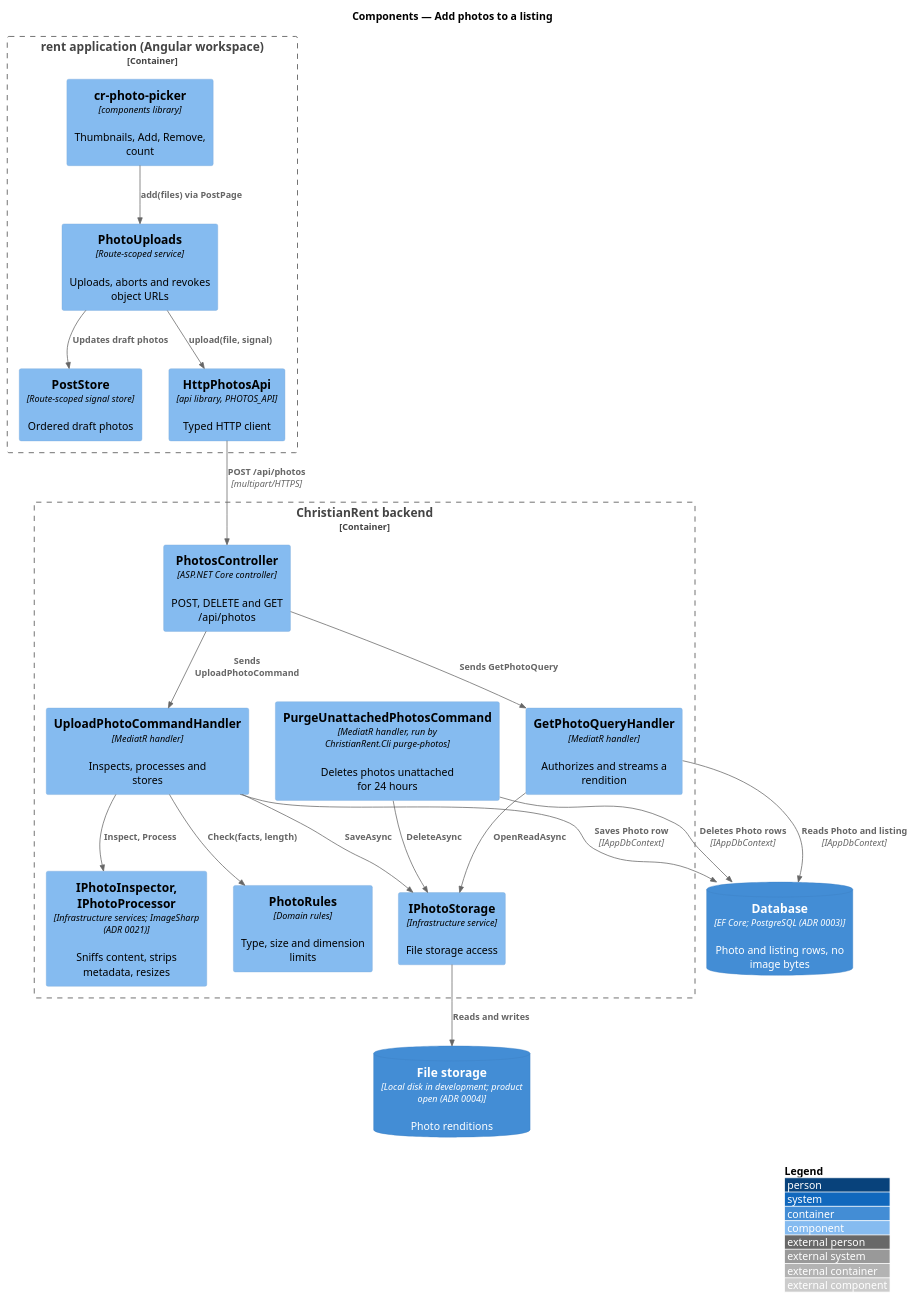
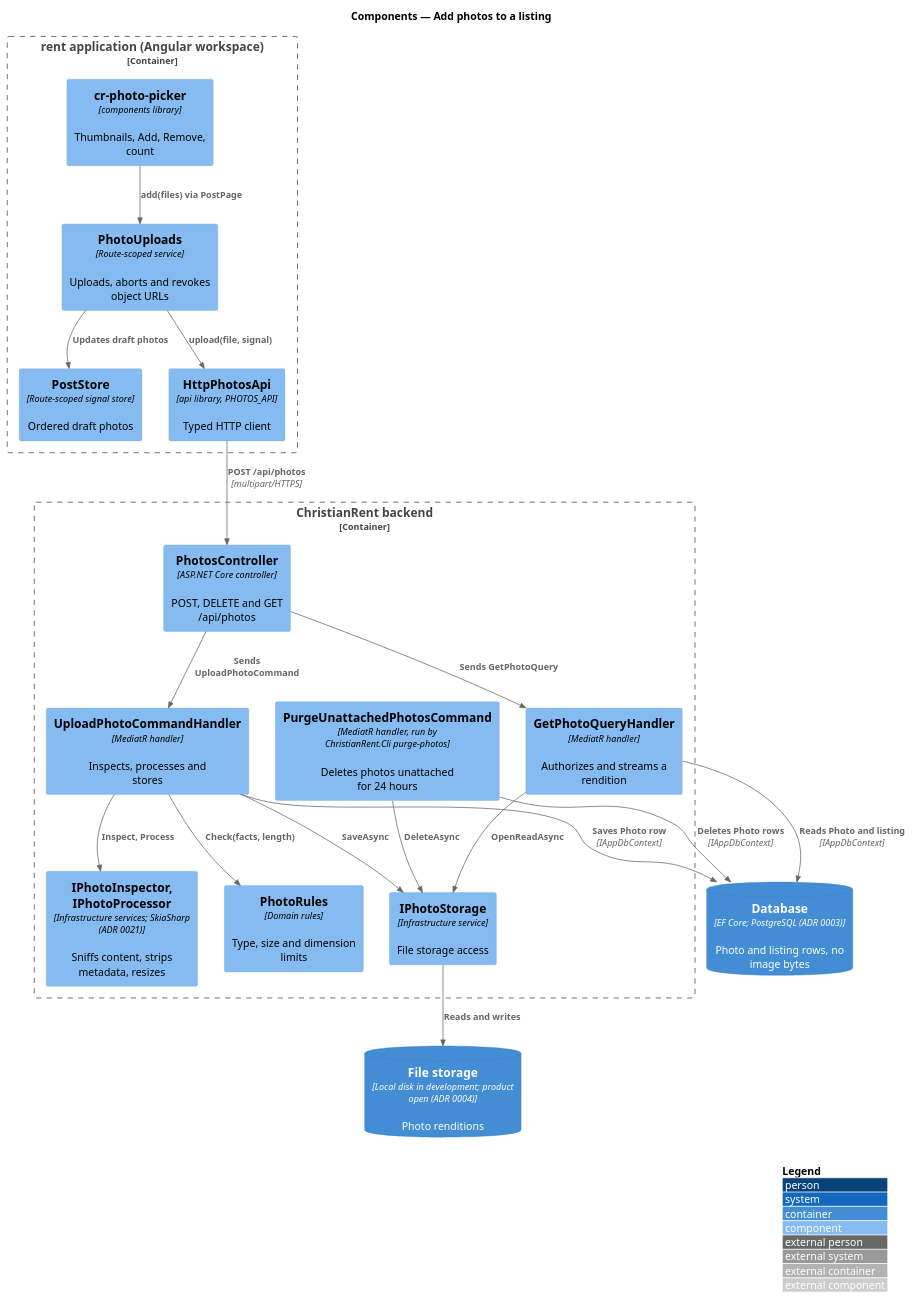
One commit to QuinntyneBrown/christian-rent changed the diagram in docs/detailed-designs/post/add-photos/diagrams/c4-component.puml. Above: the diagram before and after it, drawn with PlantUML. The commit also changed 10 other files, not shown here.

First line of the commit message:
Refuse a photo by its content, size and sides with its code, and only a member may upload; choose SkiaSharp over ImageSharp

```diff
--- a/docs/detailed-designs/post/add-photos/diagrams/c4-component.puml
+++ b/docs/detailed-designs/post/add-photos/diagrams/c4-component.puml
@@ -1,38 +1,38 @@
 @startuml
 !include <C4/C4_Component>
 LAYOUT_WITH_LEGEND()
 title Components — Add photos to a listing
 
 Container_Boundary(spa, "rent application (Angular workspace)") {
   Component(picker, "cr-photo-picker", "components library", "Thumbnails, Add, Remove, count")
   Component(uploads, "PhotoUploads", "Route-scoped service", "Uploads, aborts and revokes object URLs")
   Component(store, "PostStore", "Route-scoped signal store", "Ordered draft photos")
   Component(client, "HttpPhotosApi", "api library, PHOTOS_API", "Typed HTTP client")
 }
 Container_Boundary(api, "ChristianRent backend") {
   Component(ctrl, "PhotosController", "ASP.NET Core controller", "POST, DELETE and GET /api/photos")
   Component(purge, "PurgeUnattachedPhotosCommand", "MediatR handler, run by ChristianRent.Cli purge-photos", "Deletes photos unattached for 24 hours")
   Component(up, "UploadPhotoCommandHandler", "MediatR handler", "Inspects, processes and stores")
   Component(get, "GetPhotoQueryHandler", "MediatR handler", "Authorizes and streams a rendition")
   Component(rules, "PhotoRules", "Domain rules", "Type, size and dimension limits")
-  Component(insp, "IPhotoInspector, IPhotoProcessor", "Infrastructure services; ImageSharp (ADR 0021)", "Sniffs content, strips metadata, resizes")
+  Component(insp, "IPhotoInspector, IPhotoProcessor", "Infrastructure services; SkiaSharp (ADR 0021)", "Sniffs content, strips metadata, resizes")
   Component(store2, "IPhotoStorage", "Infrastructure service", "File storage access")
 }
 ContainerDb(db, "Database", "EF Core; PostgreSQL (ADR 0003)", "Photo and listing rows, no image bytes")
 ContainerDb(files, "File storage", "Local disk in development; product open (ADR 0004)", "Photo renditions")
 Rel(picker, uploads, "add(files) via PostPage")
 Rel(uploads, store, "Updates draft photos")
 Rel(uploads, client, "upload(file, signal)")
 Rel(client, ctrl, "POST /api/photos", "multipart/HTTPS")
 Rel(ctrl, up, "Sends UploadPhotoCommand")
 Rel(ctrl, get, "Sends GetPhotoQuery")
 Rel(up, insp, "Inspect, Process")
 Rel(up, rules, "Check(facts, length)")
 Rel(up, store2, "SaveAsync")
 Rel(get, store2, "OpenReadAsync")
 Rel(purge, store2, "DeleteAsync")
 Rel(purge, db, "Deletes Photo rows", "IAppDbContext")
 Rel(store2, files, "Reads and writes")
 Rel(up, db, "Saves Photo row", "IAppDbContext")
 Rel(get, db, "Reads Photo and listing", "IAppDbContext")
 @enduml
```
